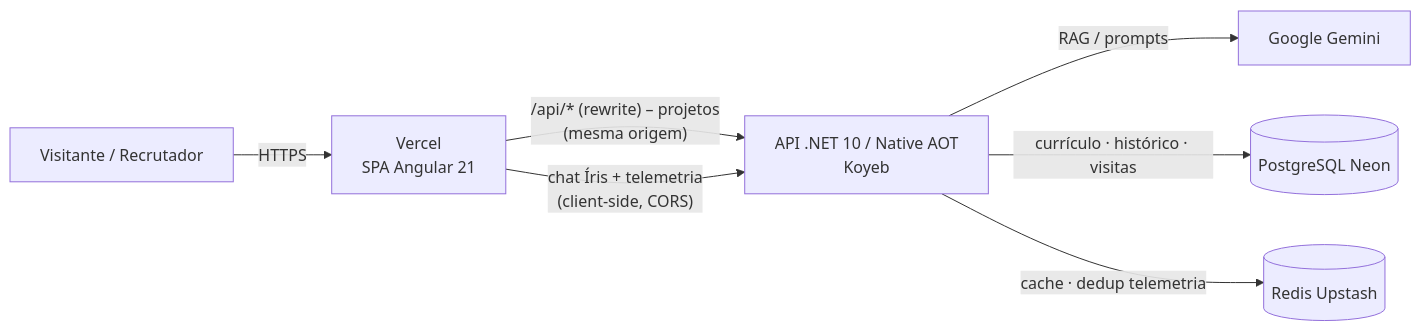
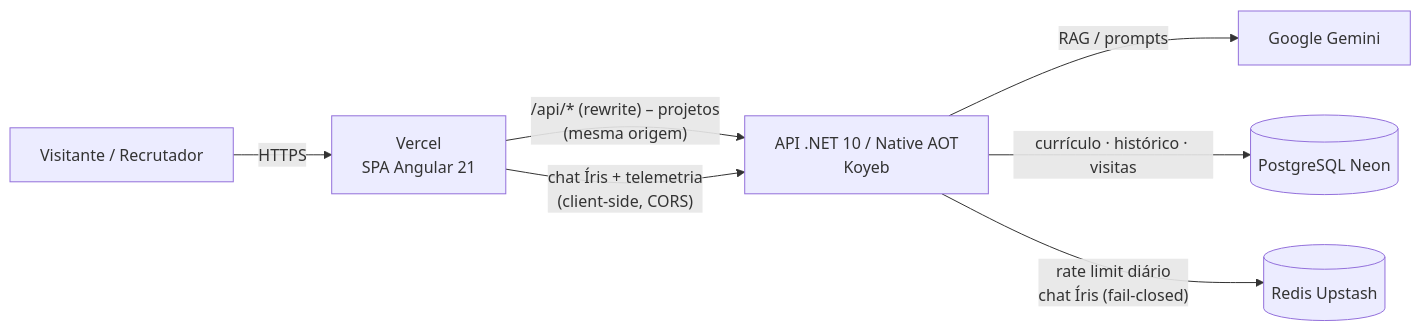
Before and after one commit to iribeirodev/PortalIRibeiro: the first of 2 diagrams in README.md, drawn with Mermaid. The commit also changed other lines of this file and 12 other files, not shown here.

First line of the commit message:
feat: rate limit do chat da Íris no Redis e dedup de visitas no Postgres

````diff
--- a/README.md
+++ b/README.md
@@ -22,11 +22,11 @@
 ```mermaid
 flowchart LR
     U[Visitante / Recrutador] -->|HTTPS| V[Vercel<br/>SPA Angular 21]
 
     V -->|"/api/* (rewrite) – projetos<br/>(mesma origem)"| K[API .NET 10 / Native AOT<br/>Koyeb]
     V -->|"chat Íris + telemetria<br/>(client-side, CORS)"| K
 
     K -->|"RAG / prompts"| G[Google Gemini]
     K -->|"currículo · histórico · visitas"| N[(PostgreSQL Neon)]
-    K -->|"cache · dedup telemetria"| R[(Redis Upstash)]
+    K -->|"rate limit diário<br/>chat Íris (fail-closed)"| R[(Redis Upstash)]
 ```
````
